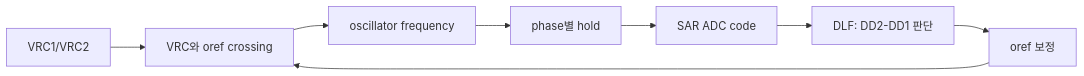
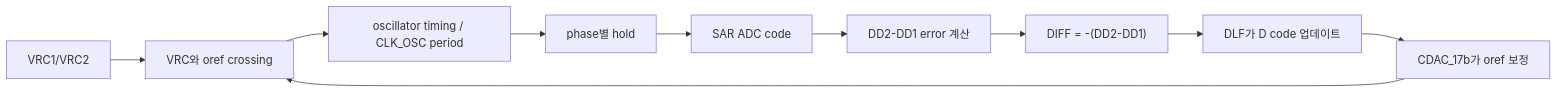
Before and after one commit to qkfka781-wq/RCoscillator: the diagram in README.md, drawn with Mermaid. The commit also changed other lines of this file and 7 other files, not shown here.

````diff
--- a/README.md
+++ b/README.md
@@ -15,10 +15,12 @@
 ```mermaid
 flowchart LR
     V["VRC1/VRC2"] --> C["VRC와 oref crossing"]
-    C --> O["oscillator frequency"]
+    C --> O["oscillator timing / CLK_OSC period"]
     O --> H["phase별 hold"]
     H --> S["SAR ADC code"]
-    S --> D["DLF: DD2-DD1 판단"]
-    D --> R["oref 보정"]
+    S --> E["DD2-DD1 error 계산"]
+    E --> F["DIFF = -(DD2-DD1)"]
+    F --> D["DLF가 D code 업데이트"]
+    D --> R["CDAC_17b가 oref 보정"]
     R --> C
 ```
````
